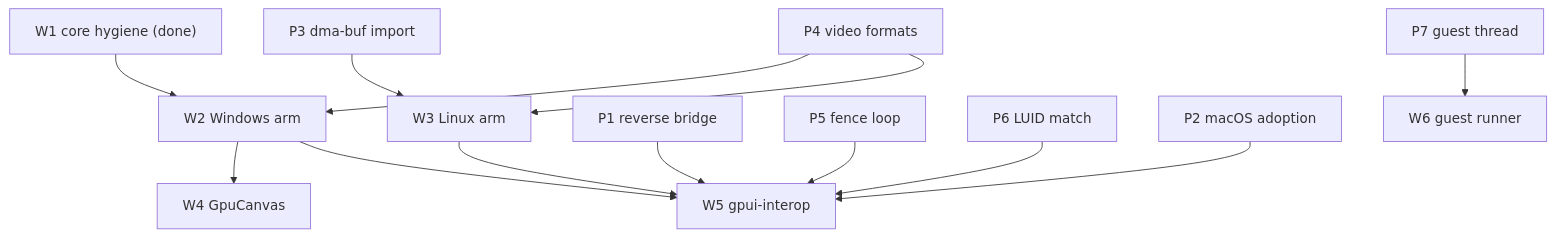
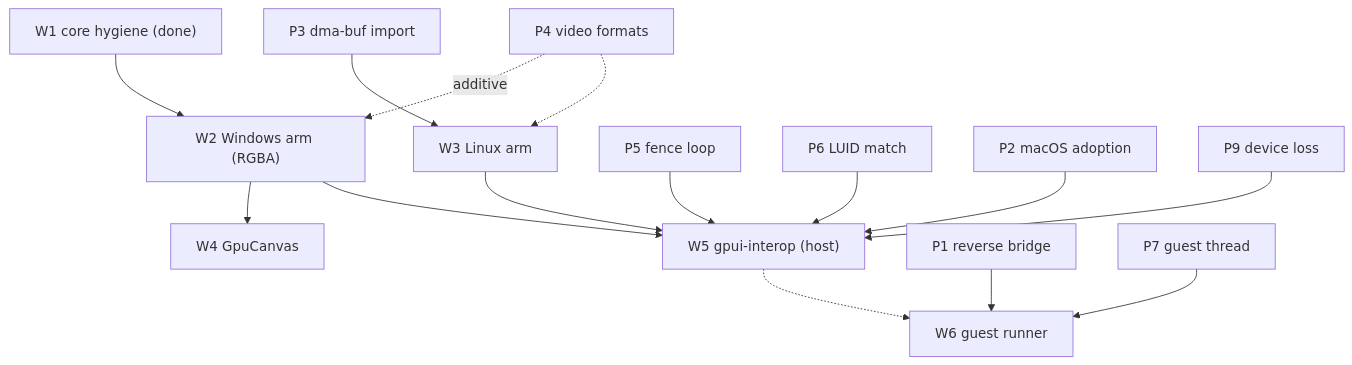
Before and after one commit to bite-gpui/bite-gpui-project: the diagram in spi/rendering/surface-plan.md, drawn with Mermaid. The commit also changed other lines of this file and 6 other files, not shown here.

First line of the commit message:
Tighten the surface plan: uncouple P4, scope P1 to Guest Mode, gate device loss

````diff
--- a/spi/rendering/surface-plan.md
+++ b/spi/rendering/surface-plan.md
@@ -88,15 +106,17 @@
 ```mermaid
 flowchart TD
-    W1["W1 core hygiene (done)"] --> W2["W2 Windows arm"]
+    W1["W1 core hygiene (done)"] --> W2["W2 Windows arm (RGBA)"]
     W2 --> W4["W4 GpuCanvas"]
     P3["P3 dma-buf import"] --> W3["W3 Linux arm"]
-    P4["P4 video formats"] --> W2
-    P4 --> W3
-    P1["P1 reverse bridge"] --> W5["W5 gpui-interop"]
-    P5["P5 fence loop"] --> W5
+    P4["P4 video formats"] -.->|additive| W2
+    P4 -.-> W3
+    P5["P5 fence loop"] --> W5["W5 gpui-interop (host)"]
     P6["P6 LUID match"] --> W5
     P2["P2 macOS adoption"] --> W5
-    P7["P7 guest thread"] --> W6["W6 guest runner"]
+    P9["P9 device loss"] --> W5
     W2 --> W5
     W3 --> W5
+    P1["P1 reverse bridge"] --> W6["W6 guest runner"]
+    P7["P7 guest thread"] --> W6
+    W5 -.-> W6
 ```
````
